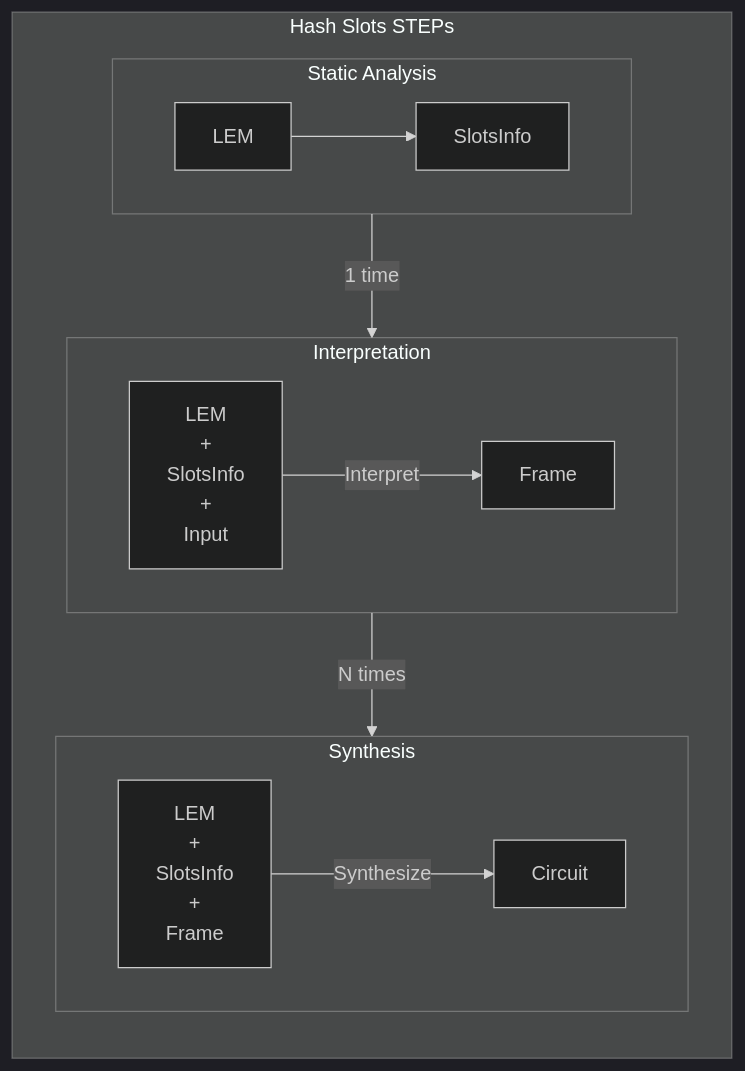
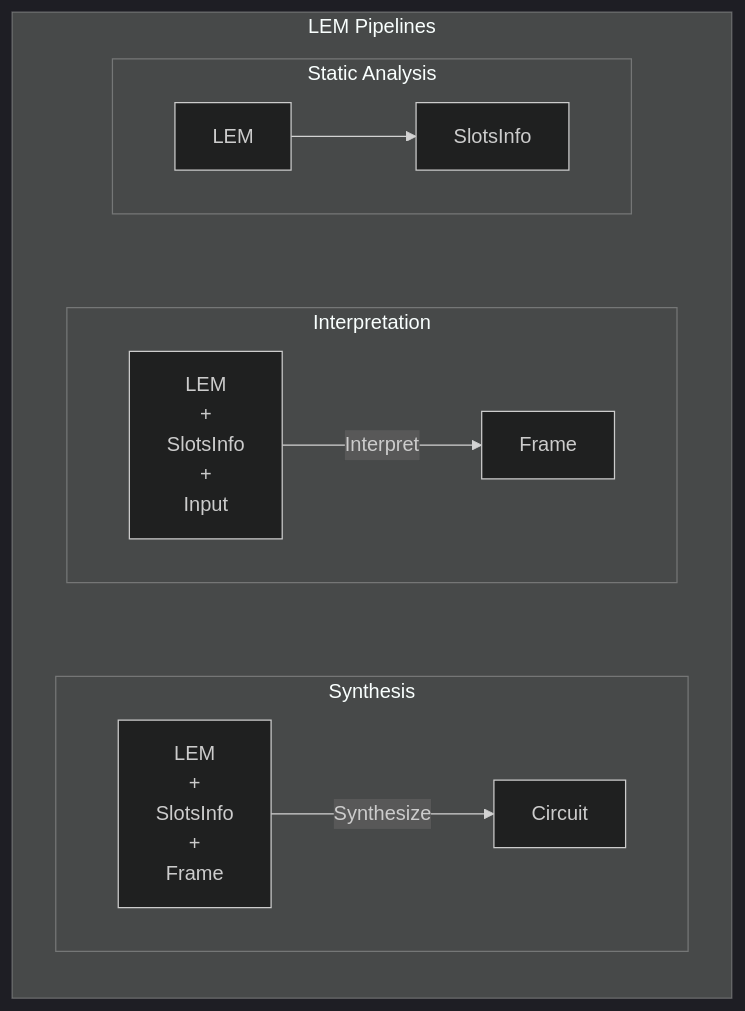
One commit to argumentcomputer/lurk-beta changed the second of 3 diagrams in src/lem/README.md. Above: the diagram before and after it, drawn with Mermaid (dark theme). The commit also changed 2 other files, not shown here.

Commit message:
no more peeking at the value of 'concrete_path'

````diff
--- a/src/lem/README.md
+++ b/src/lem/README.md
@@ -81,34 +81,34 @@
 ```mermaid
 flowchart LR
     subgraph S1[Static Analysis]
         direction LR
         LEM[LEM] 
         SI[SlotsInfo]
         LEM --> SI
     end
     subgraph S2[Interpretation]
         direction LR
         LSI["`LEM
         +
         SlotsInfo
         +
         Input`"]
     F[Frame]
     LSI -- Interpret --> F
     end
     subgraph S3[Synthesis]
         direction LR
         LSF["`LEM
         +
         SlotsInfo
         +
         Frame
         `"]
         C[Circuit]
         LSF -- Synthesize --> C
     end
-    subgraph HS[Hash Slots STEPs]
-        S1 -- 1 time --> S2
-        S2 -- N times --> S3
+    subgraph HS[LEM Pipelines]
+        S1 ~~~ S2
+        S2 ~~~ S3
     end
 ```
````
